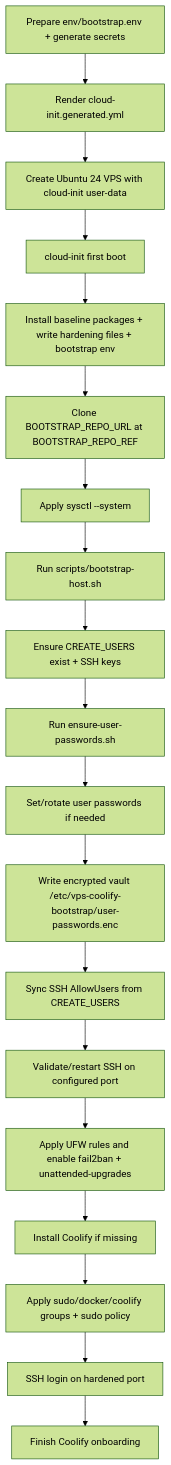
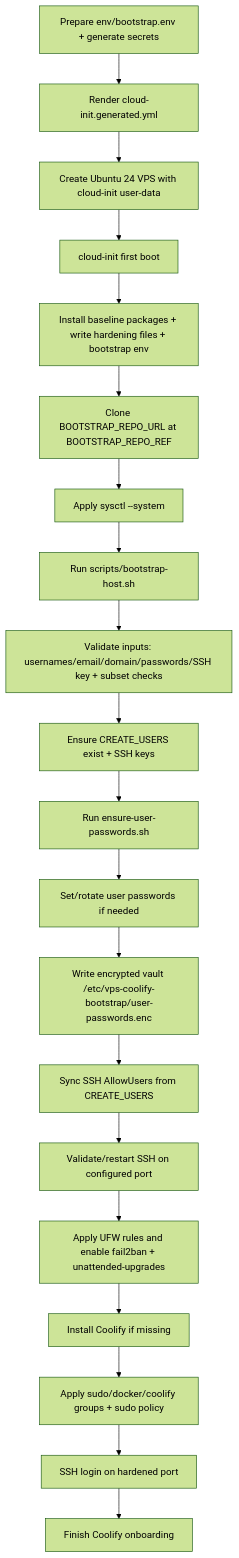
The diagram in docs/bootstrap-flow.md (rigu/vps-coolify-bootstrap), drawn with Mermaid (forest theme) before and after one commit. The commit also changed 15 other files, not shown here.

````diff
--- a/docs/bootstrap-flow.md
+++ b/docs/bootstrap-flow.md
@@ -29,21 +29,22 @@
 ```mermaid
 flowchart TD
   A[Prepare env/bootstrap.env + generate secrets] --> B[Render cloud-init.generated.yml]
   B --> C[Create Ubuntu 24 VPS with cloud-init user-data]
   C --> D[cloud-init first boot]
   D --> E[Install baseline packages + write hardening files + bootstrap env]
   E --> F[Clone BOOTSTRAP_REPO_URL at BOOTSTRAP_REPO_REF]
   F --> G[Apply sysctl --system]
   G --> H[Run scripts/bootstrap-host.sh]
-  H --> I[Ensure CREATE_USERS exist + SSH keys]
+  H --> H1[Validate inputs: usernames/email/domain/passwords/SSH key + subset checks]
+  H1 --> I[Ensure CREATE_USERS exist + SSH keys]
   I --> J[Run ensure-user-passwords.sh]
   J --> K[Set/rotate user passwords if needed]
   K --> L[Write encrypted vault /etc/vps-coolify-bootstrap/user-passwords.enc]
   L --> M[Sync SSH AllowUsers from CREATE_USERS]
   M --> N[Validate/restart SSH on configured port]
   N --> O[Apply UFW rules and enable fail2ban + unattended-upgrades]
   O --> P[Install Coolify if missing]
   P --> Q[Apply sudo/docker/coolify groups + sudo policy]
   Q --> R[SSH login on hardened port]
   R --> S[Finish Coolify onboarding]
 ```
````
